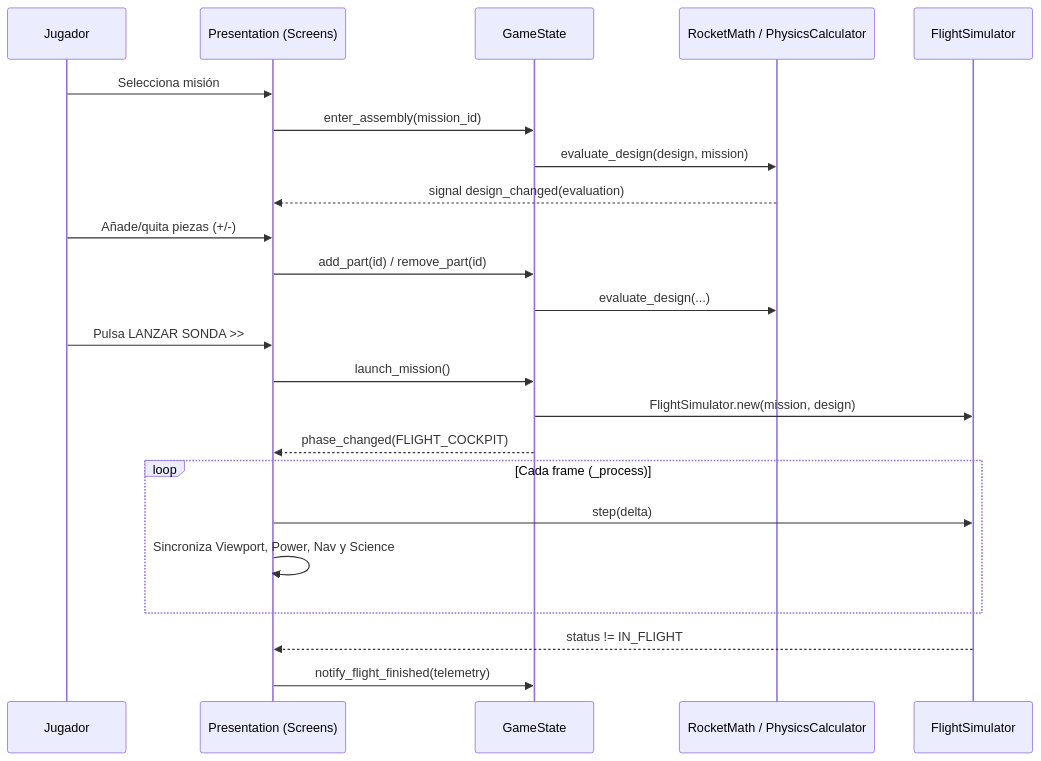
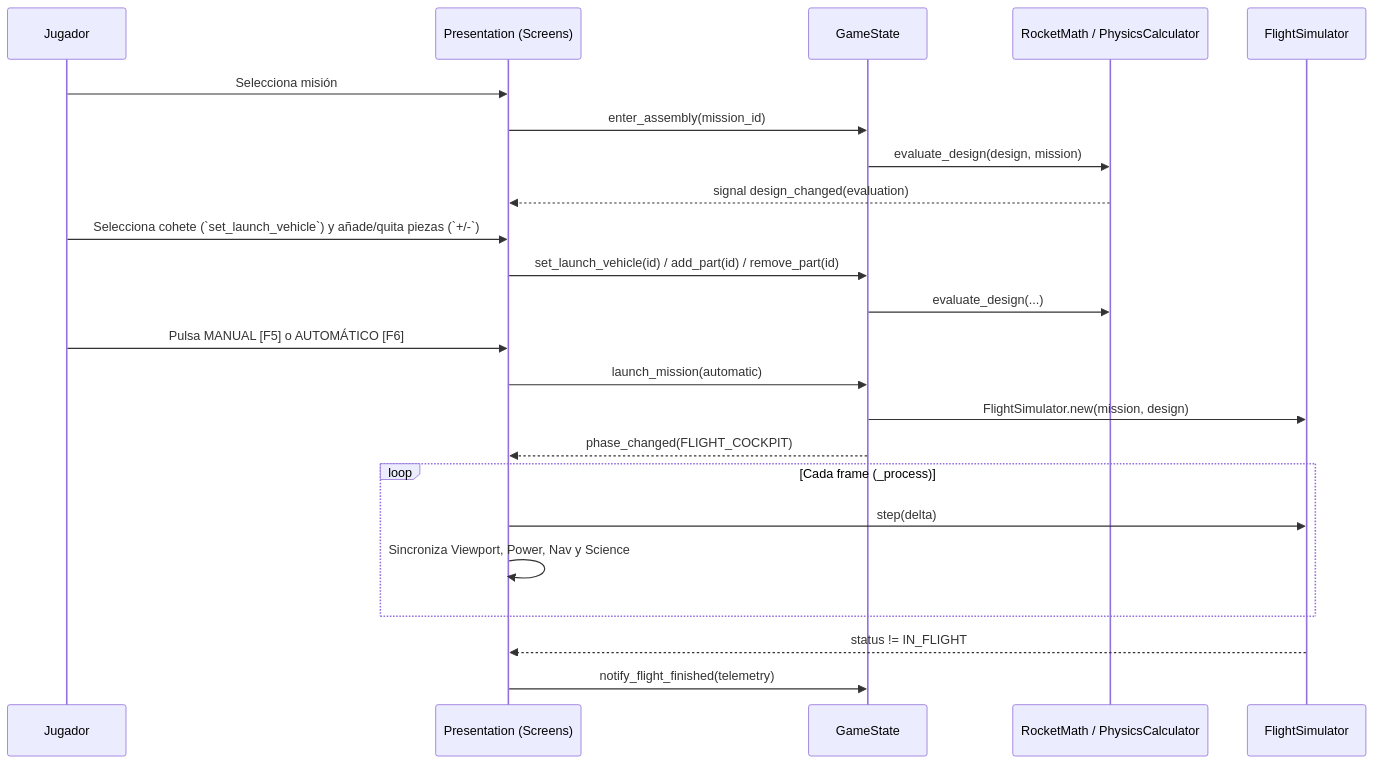
One commit to evert-aov/mision-critica changed the diagram in guia-desarrollador/05-MAPA-DE-DIRECTORIOS-Y-FLUJOS.md. Above: the diagram before and after it, drawn with Mermaid. The commit also changed other lines of this file and 10 other files, not shown here.

Commit message:
docs: update architecture guides and add requirements verification matrix

````diff
--- a/guia-desarrollador/05-MAPA-DE-DIRECTORIOS-Y-FLUJOS.md
+++ b/guia-desarrollador/05-MAPA-DE-DIRECTORIOS-Y-FLUJOS.md
@@ -24,26 +24,26 @@
 ```mermaid
 sequenceDiagram
   participant User as Jugador
   participant UI as Presentation (Screens)
   participant GS as GameState
   participant RM as RocketMath / PhysicsCalculator
   participant Sim as FlightSimulator
 
   User->>UI: Selecciona misión
   UI->>GS: enter_assembly(mission_id)
   GS->>RM: evaluate_design(design, mission)
   RM-->>UI: signal design_changed(evaluation)
-  User->>UI: Añade/quita piezas (+/-)
-  UI->>GS: add_part(id) / remove_part(id)
+  User->>UI: Selecciona cohete (`set_launch_vehicle`) y añade/quita piezas (`+/-`)
+  UI->>GS: set_launch_vehicle(id) / add_part(id) / remove_part(id)
   GS->>RM: evaluate_design(...)
-  User->>UI: Pulsa LANZAR SONDA >>
-  UI->>GS: launch_mission()
+  User->>UI: Pulsa MANUAL [F5] o AUTOMÁTICO [F6]
+  UI->>GS: launch_mission(automatic)
   GS->>Sim: FlightSimulator.new(mission, design)
   GS-->>UI: phase_changed(FLIGHT_COCKPIT)
   loop Cada frame (_process)
     UI->>Sim: step(delta)
     UI->>UI: Sincroniza Viewport, Power, Nav y Science
   end
   Sim-->>UI: status != IN_FLIGHT
   UI->>GS: notify_flight_finished(telemetry)
 ```
````
